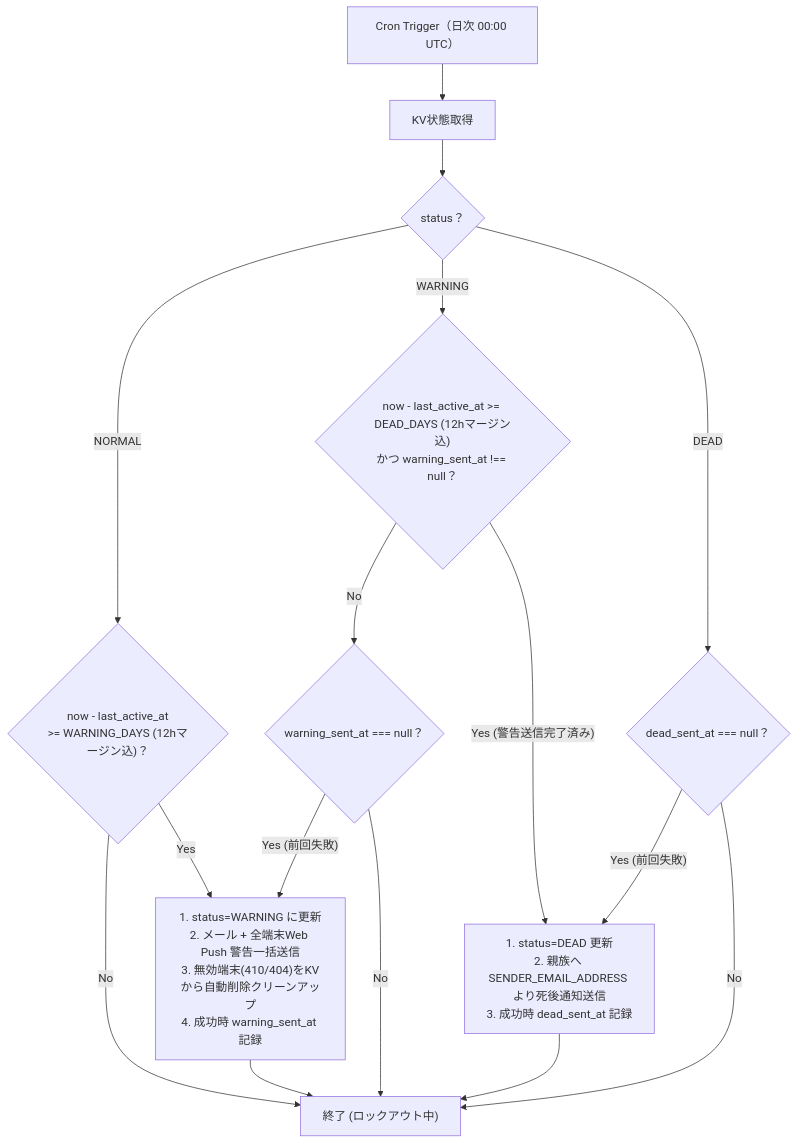
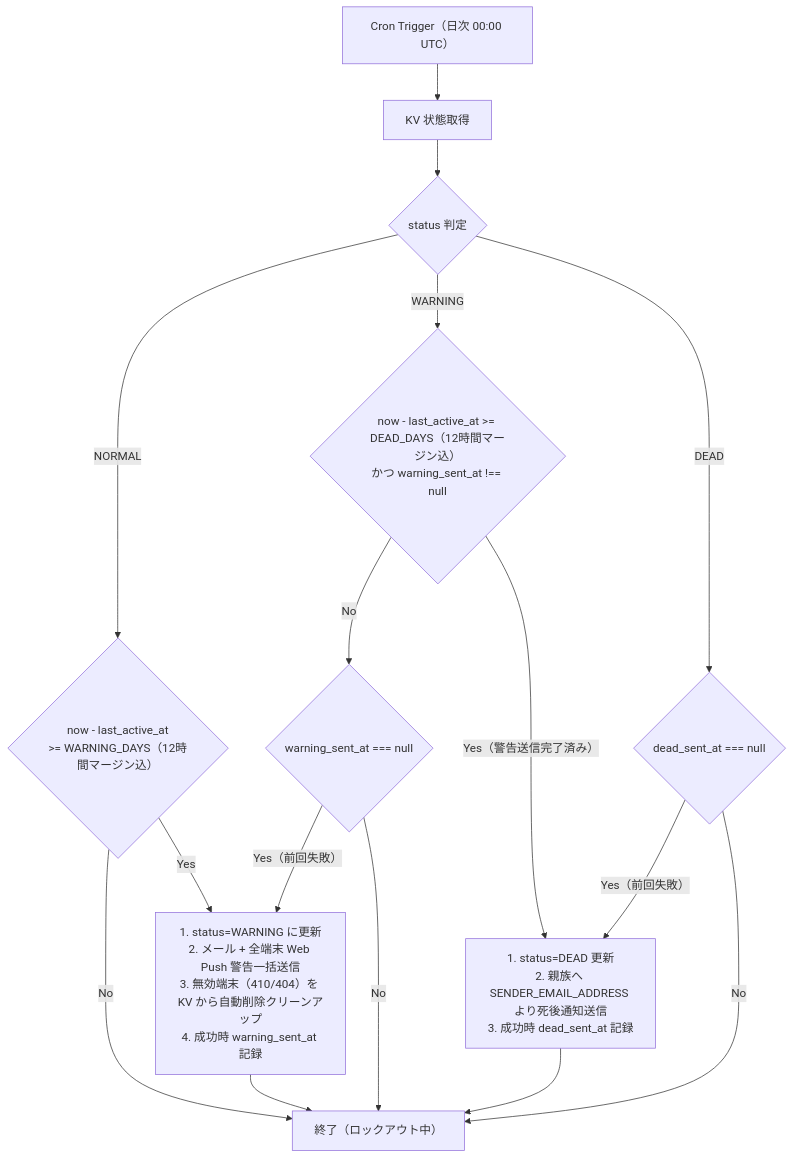
Before and after one commit to shiguruikai/dead-mans-switch: the diagram in docs/ARCHITECTURE.md, drawn with Mermaid. The commit also changed other lines of this file and 4 other files, not shown here.

````diff
--- a/docs/ARCHITECTURE.md
+++ b/docs/ARCHITECTURE.md
@@ -142,21 +133,21 @@
 ```mermaid
 flowchart TD
-    Start["Cron Trigger（日次 00:00 UTC）"] --> Fetch["KV状態取得"]
-    Fetch --> CheckStatus{"status？"}
+    Start["Cron Trigger（日次 00:00 UTC）"] --> Fetch["KV 状態取得"]
+    Fetch --> CheckStatus{"status 判定"}
 
-    CheckStatus -->|"NORMAL"| DiffW{"now - last_active_at\n>= WARNING_DAYS (12hマージン込)？"}
+    CheckStatus -->|"NORMAL"| DiffW{"now - last_active_at\n>= WARNING_DAYS（12時間マージン込）"}
     DiffW -->|"No"| End["終了"]
-    DiffW -->|"Yes"| ActionW["1. status=WARNING に更新\n2. メール + 全端末Web Push 警告一括送信\n3. 無効端末(410/404)をKVから自動削除クリーンアップ\n4. 成功時 warning_sent_at 記録"]
+    DiffW -->|"Yes"| ActionW["1. status=WARNING に更新\n2. メール + 全端末 Web Push 警告一括送信\n3. 無効端末（410/404）を KV から自動削除クリーンアップ\n4. 成功時 warning_sent_at 記録"]
 
-    CheckStatus -->|"WARNING"| DiffD{"now - last_active_at >= DEAD_DAYS (12hマージン込)\nかつ warning_sent_at !== null？"}
-    DiffD -->|"No"| CheckWRetry{"warning_sent_at === null？"}
-    CheckWRetry -->|"Yes (前回失敗)"| ActionW
+    CheckStatus -->|"WARNING"| DiffD{"now - last_active_at >= DEAD_DAYS（12時間マージン込）\nかつ warning_sent_at !== null"}
+    DiffD -->|"No"| CheckWRetry{"warning_sent_at === null"}
+    CheckWRetry -->|"Yes（前回失敗）"| ActionW
     CheckWRetry -->|"No"| End
-    DiffD -->|"Yes (警告送信完了済み)"| ActionD["1. status=DEAD 更新\n2. 親族へ SENDER_EMAIL_ADDRESS より死後通知送信\n3. 成功時 dead_sent_at 記録"]
+    DiffD -->|"Yes（警告送信完了済み）"| ActionD["1. status=DEAD 更新\n2. 親族へ SENDER_EMAIL_ADDRESS より死後通知送信\n3. 成功時 dead_sent_at 記録"]
 
-    CheckStatus -->|"DEAD"| CheckDeadRetry{"dead_sent_at === null？"}
-    CheckDeadRetry -->|"Yes (前回失敗)"| ActionD
-    CheckDeadRetry -->|"No"| End["終了 (ロックアウト中)"]
+    CheckStatus -->|"DEAD"| CheckDeadRetry{"dead_sent_at === null"}
+    CheckDeadRetry -->|"Yes（前回失敗）"| ActionD
+    CheckDeadRetry -->|"No"| End["終了（ロックアウト中）"]
     ActionW --> End
     ActionD --> End
 ```
````
